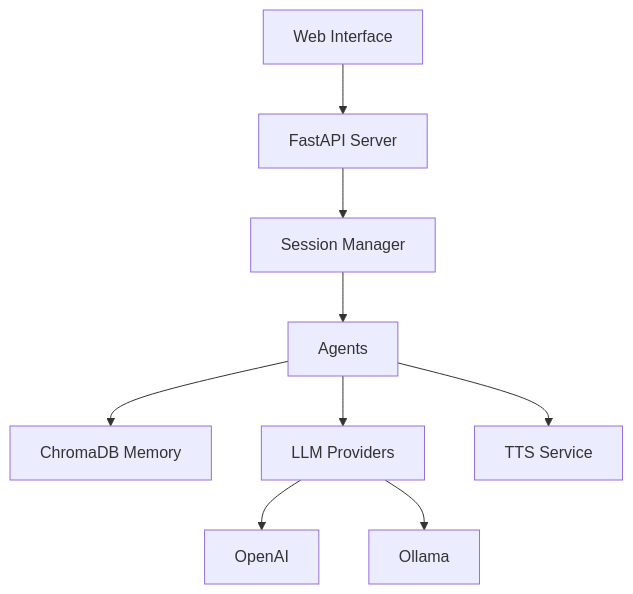
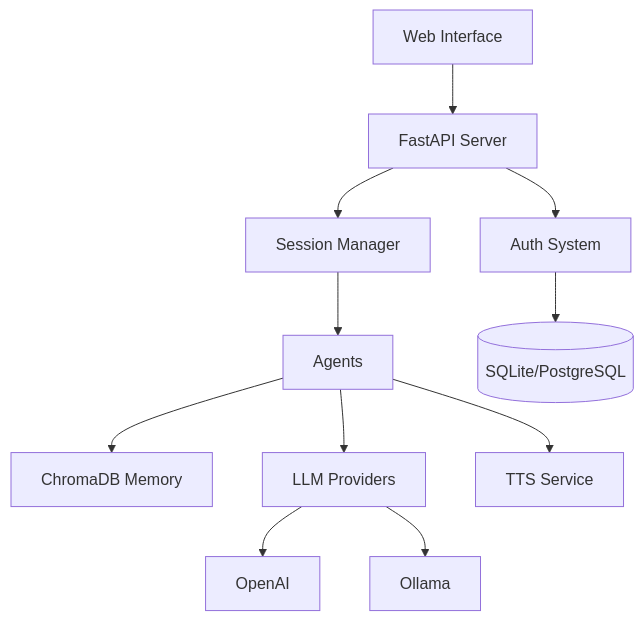
One commit to groxaxo/ChatMode changed the diagram in README.md. Above: the diagram before and after it, drawn with Mermaid. The commit also changed other lines of this file and 8 other files, not shown here.

````diff
--- a/README.md
+++ b/README.md
@@ -238,12 +234,14 @@
 ```mermaid
 graph TB
     WEB[Web Interface] --> API[FastAPI Server]
     API --> SESSION[Session Manager]
+    API --> AUTH[Auth System]
     SESSION --> AGENTS[Agents]
     AGENTS --> MEMORY[ChromaDB Memory]
     AGENTS --> LLM[LLM Providers]
     AGENTS --> TTS[TTS Service]
+    AUTH --> DB[(SQLite/PostgreSQL)]
     
     LLM --> OPENAI[OpenAI]
     LLM --> OLLAMA[Ollama]
 ```
````
